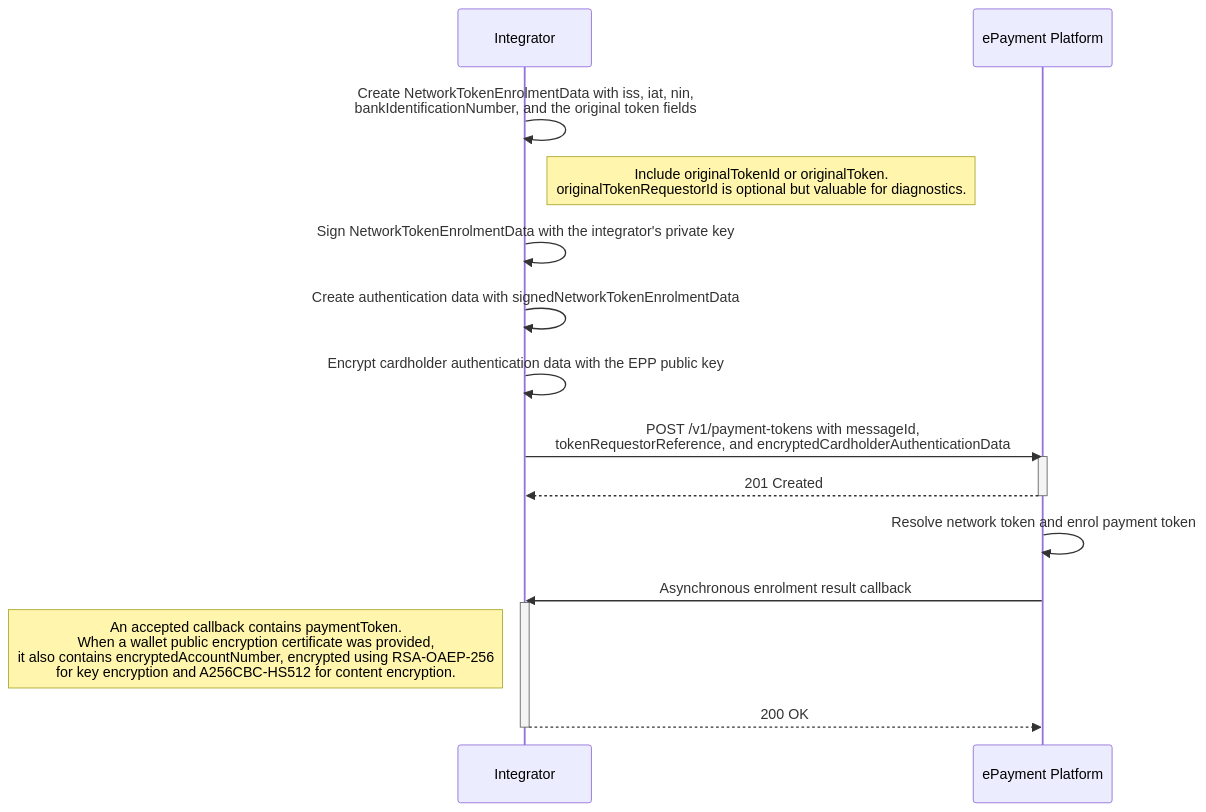
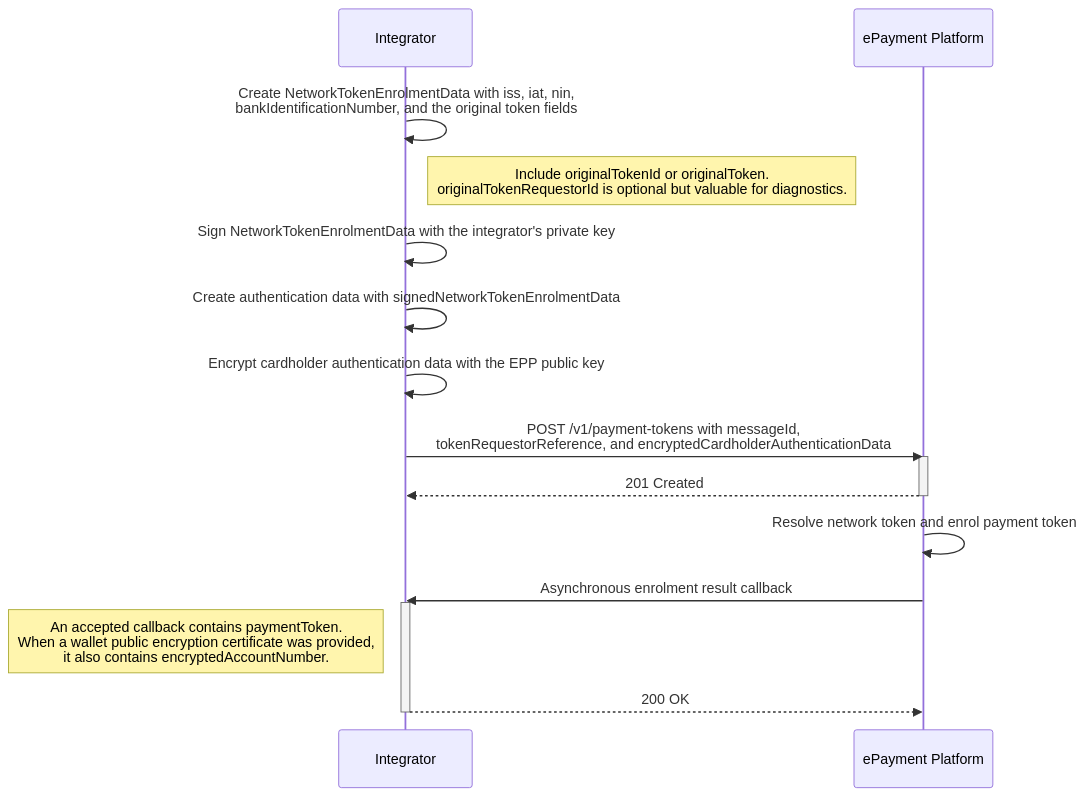
The second of 3 diagrams in docs/enrolment_and_payment.md (BankAxept/bankaxept-epayment-development-kit), drawn with Mermaid before and after one commit.

Commit message:
docs(enrolment): simplify callback diagram

````diff
--- a/docs/enrolment_and_payment.md
+++ b/docs/enrolment_and_payment.md
@@ -105,21 +105,21 @@
 ```mermaid
 sequenceDiagram
     participant Integrator
     participant EPP as ePayment Platform
 
     Integrator ->> Integrator: Create NetworkTokenEnrolmentData with iss, iat, nin,<br/>bankIdentificationNumber, and the original token fields
     note right of Integrator: Include originalTokenId or originalToken.<br/>originalTokenRequestorId is optional but valuable for diagnostics.
     Integrator ->> Integrator: Sign NetworkTokenEnrolmentData with the integrator's private key
     Integrator ->> Integrator: Create authentication data with signedNetworkTokenEnrolmentData
     Integrator ->> Integrator: Encrypt cardholder authentication data with the EPP public key
     Integrator ->> EPP: POST /v1/payment-tokens with messageId,<br/>tokenRequestorReference, and encryptedCardholderAuthenticationData
     activate EPP
     EPP -->> Integrator: 201 Created
     deactivate EPP
     EPP ->> EPP: Resolve network token and enrol payment token
     EPP ->> Integrator: Asynchronous enrolment result callback
     activate Integrator
-    note left of Integrator: An accepted callback contains paymentToken.<br/>When a wallet public encryption certificate was provided,<br/>it also contains encryptedAccountNumber, encrypted using RSA-OAEP-256<br/>for key encryption and A256CBC-HS512 for content encryption.
+    note left of Integrator: An accepted callback contains paymentToken.<br/>When a wallet public encryption certificate was provided,<br/>it also contains encryptedAccountNumber.
     Integrator -->> EPP: 200 OK
     deactivate Integrator
 ```
````
